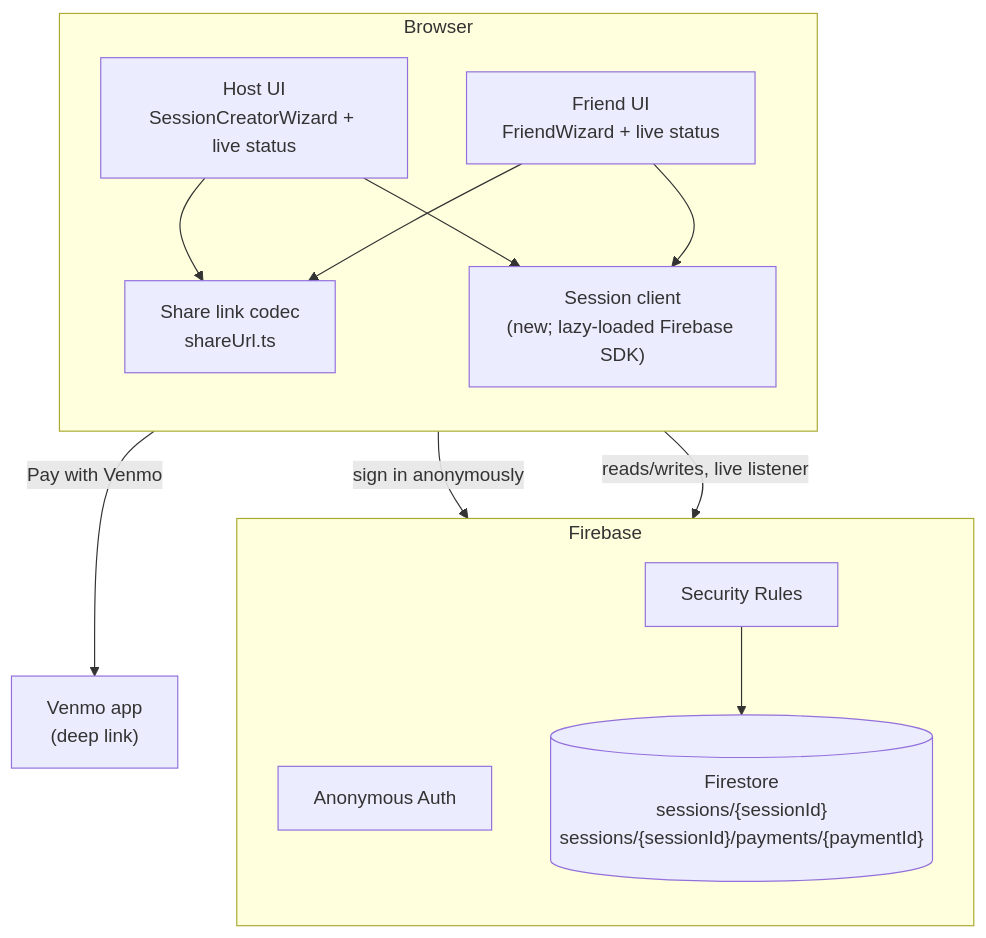
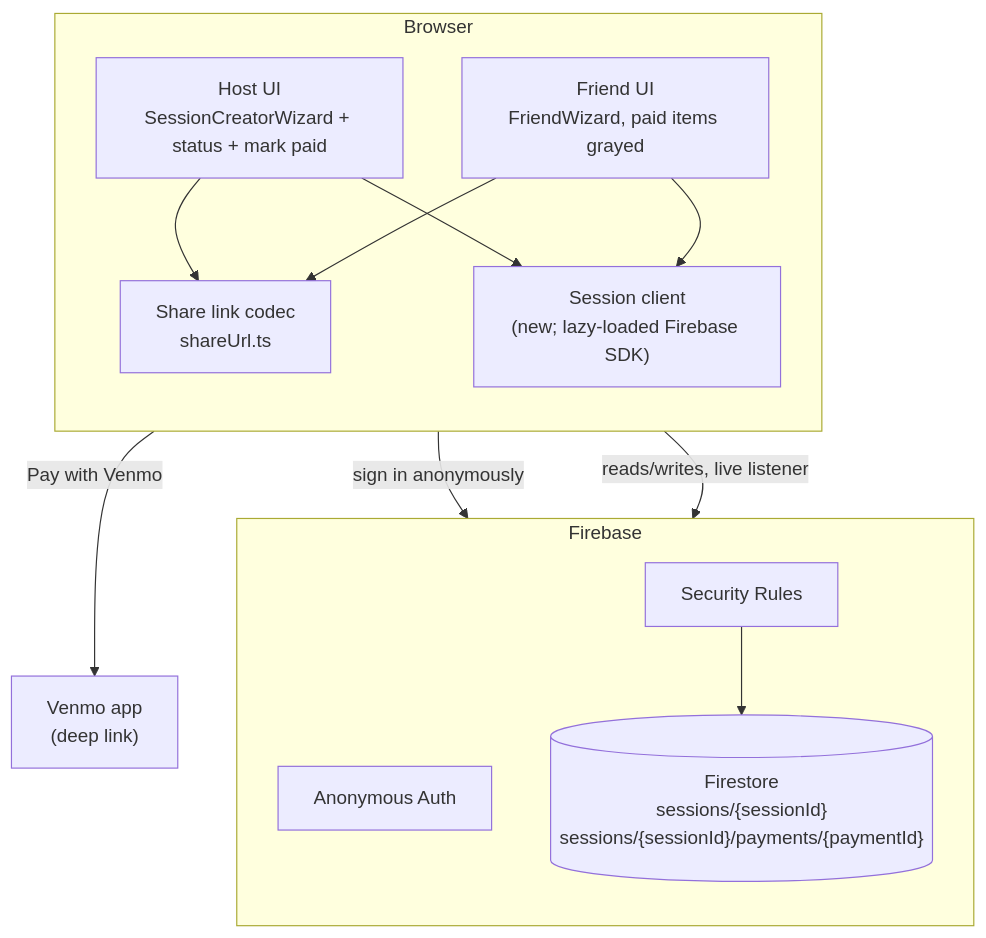
The first of 8 diagrams in planning/live-bill-status.plan.md (quasarbright/dinner-debt), drawn with Mermaid before and after one commit. The commit also changed other lines of this file, not shown here.

First line of the commit message:
Revise live bill status plan: local selection vs payment, host-own items, content-based keys, server-side timestamps

````diff
--- a/planning/live-bill-status.plan.md
+++ b/planning/live-bill-status.plan.md
@@ -32,28 +39,28 @@
 ```mermaid
 flowchart TB
   subgraph Browser["Browser"]
     direction TB
-    HostUI["Host UI<br/>SessionCreatorWizard + live status"]
-    FriendUI["Friend UI<br/>FriendWizard + live status"]
+    HostUI["Host UI<br/>SessionCreatorWizard + status + mark paid"]
+    FriendUI["Friend UI<br/>FriendWizard, paid items grayed"]
     ShareLink["Share link codec<br/>shareUrl.ts"]
     SessionClient["Session client<br/>(new; lazy-loaded Firebase SDK)"]
     HostUI --> ShareLink
     FriendUI --> ShareLink
     HostUI --> SessionClient
     FriendUI --> SessionClient
   end
 
   subgraph Firebase["Firebase"]
     direction TB
     Auth["Anonymous Auth"]
     Rules["Security Rules"]
     Store[("Firestore<br/>sessions/{sessionId}<br/>sessions/{sessionId}/payments/{paymentId}")]
     Rules --> Store
   end
 
   Venmo["Venmo app<br/>(deep link)"]
 
   SessionClient -- "sign in anonymously" --> Auth
   SessionClient -- "reads/writes, live listener" --> Rules
   FriendUI -- "Pay with Venmo" --> Venmo
 ```
````
